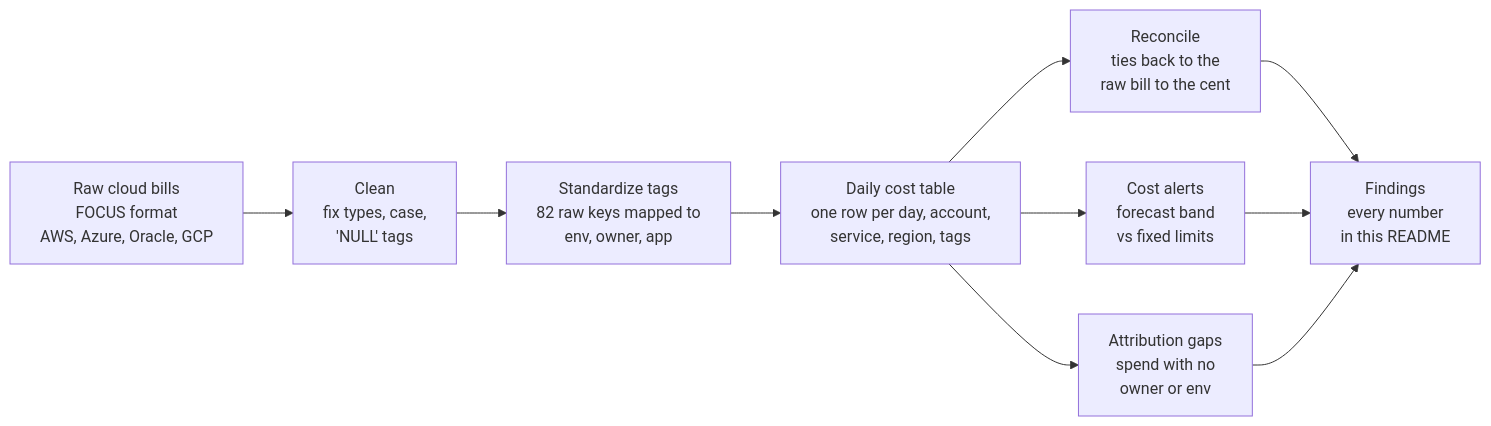
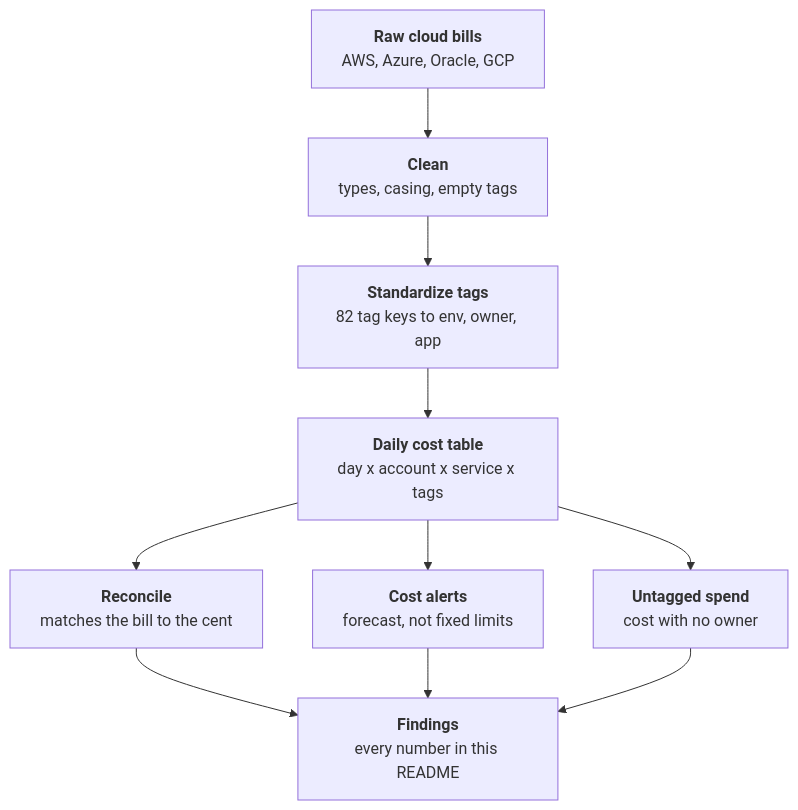
One commit to V391/multicloud-finops-mart changed the diagram in README.md. Above: the diagram before and after it, drawn with Mermaid.

Commit message:
README: top-down architecture diagram with larger, shorter labels

````diff
--- a/README.md
+++ b/README.md
@@ -23,10 +23,12 @@
 ```mermaid
-flowchart LR
-    A["Raw cloud bills<br/>FOCUS format<br/>AWS, Azure, Oracle, GCP"] --> B["Clean<br/>fix types, case,<br/>'NULL' tags"]
-    B --> C["Standardize tags<br/>82 raw keys mapped to<br/>env, owner, app"]
-    C --> D["Daily cost table<br/>one row per day, account,<br/>service, region, tags"]
-    D --> E["Reconcile<br/>ties back to the<br/>raw bill to the cent"]
-    D --> F["Cost alerts<br/>forecast band<br/>vs fixed limits"]
-    D --> G["Attribution gaps<br/>spend with no<br/>owner or env"]
-    E & F & G --> H["Findings<br/>every number<br/>in this README"]
+flowchart TD
+    A["<b>Raw cloud bills</b><br/>AWS, Azure, Oracle, GCP"] --> B["<b>Clean</b><br/>types, casing, empty tags"]
+    B --> C["<b>Standardize tags</b><br/>82 tag keys to env, owner, app"]
+    C --> D["<b>Daily cost table</b><br/>day x account x service x tags"]
+    D --> E["<b>Reconcile</b><br/>matches the bill to the cent"]
+    D --> F["<b>Cost alerts</b><br/>forecast, not fixed limits"]
+    D --> G["<b>Untagged spend</b><br/>cost with no owner"]
+    E --> H["<b>Findings</b><br/>every number in this README"]
+    F --> H
+    G --> H
 ```
````
